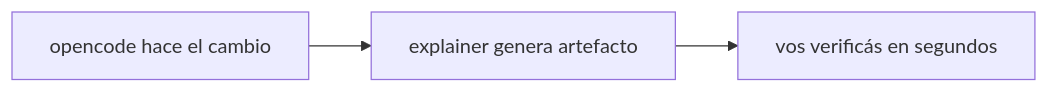
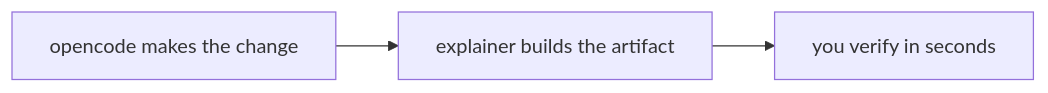
Before and after one commit to lucasvidela94/explainer: the second of 2 diagrams in README.md, drawn with Mermaid. The commit also changed other lines of this file, not shown here.

````diff
--- a/README.md
+++ b/README.md
@@ -40,5 +38,5 @@
 ```mermaid
 flowchart LR
-  O["opencode hace el cambio"] --> E["explainer genera artefacto"]
-  E --> Y["vos verificás en segundos"]
+  O["opencode makes the change"] --> E["explainer builds the artifact"]
+  E --> Y["you verify in seconds"]
 ```
````
